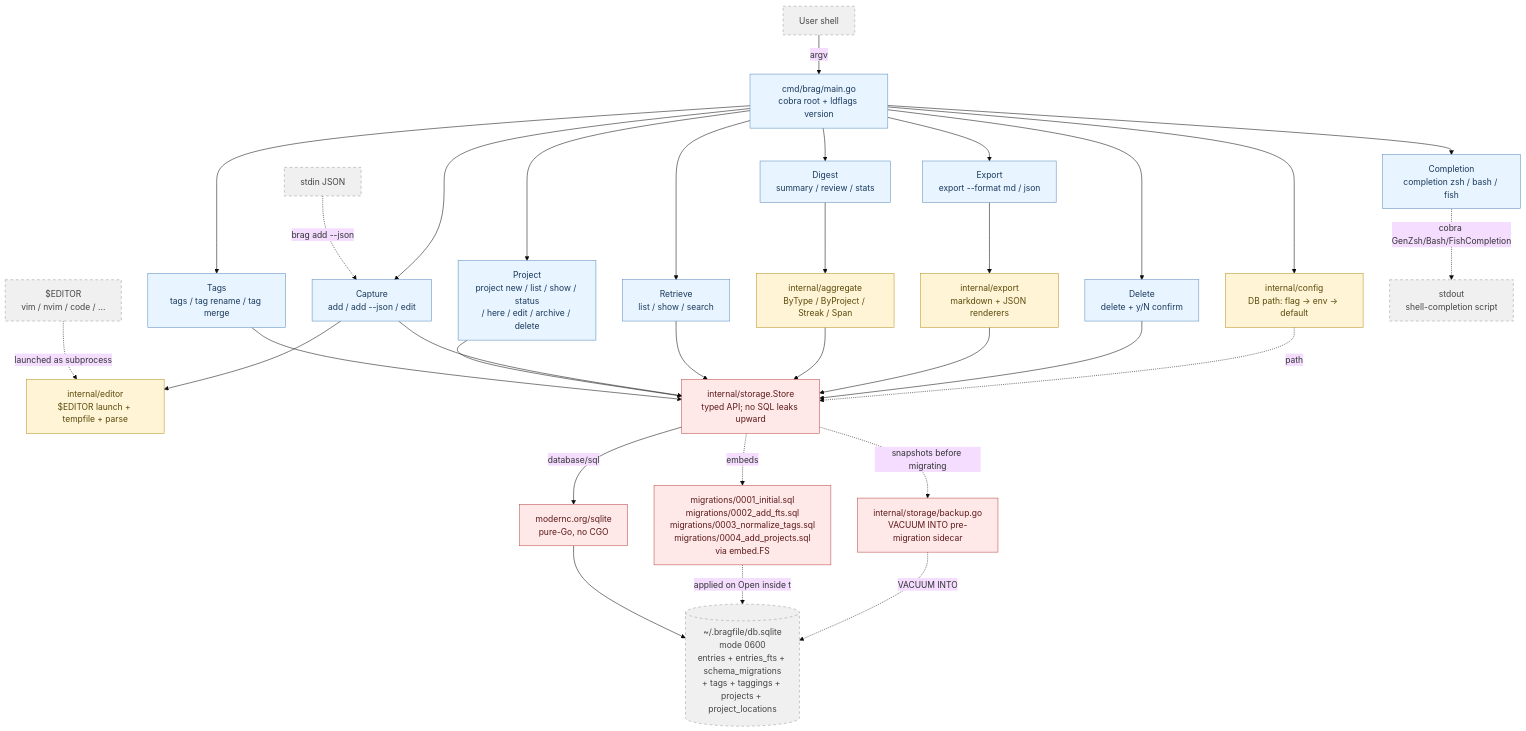
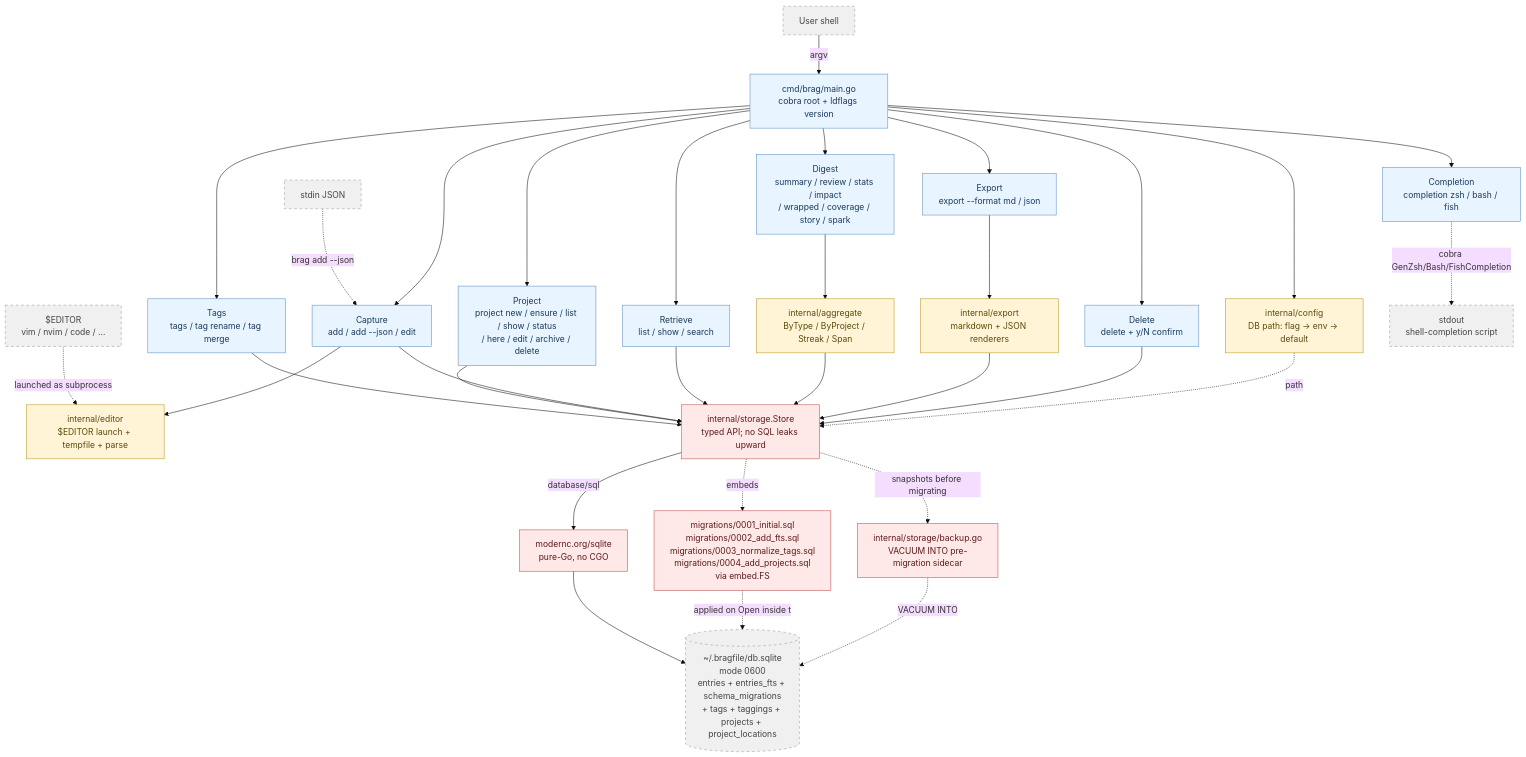
The diagram in docs/architecture.md (jysf/bragfile000), drawn with Mermaid (base theme) before and after one commit. The commit also changed 2 other files, not shown here.

Commit message:
docs: refresh user-facing docs to v0.5.1 + surface MCP/agent integration
Audit found the reference docs (api-contract, for-ai-agents, data-model,
BRAG.md) already current, but the two "first read" docs advertised v0.2.0.

README.md:
- status line: v0.2.0 → v0.5.1, and it now names the MCP server / agent
  path (kept to the maintainer's flat-list voice, not a feature dump)
- surface MCP: add a "Working with an AI agent?" pointer up top linking to
  the MCP section (previously only discoverable at the very bottom)
- add `brag spark` to the digest command list
- drop the stale "v0.2.0 ships unsigned" version pin on the Gatekeeper note

docs/tutorial.md:
- fix self-contradicting close ("shipped in v0.2.0" → "as of v0.5.1")
- add a `brag spark` section to the digest walkthrough (was undocumented here)
- surface `--author` in the list filter-flags section

docs/architecture.md:
- diagram: add `project ensure` and the newer digest commands
  (impact/wrapped/coverage/story/spark) to the command nodes

just test-docs green.

````diff
--- a/docs/architecture.md
+++ b/docs/architecture.md
@@ -19,46 +19,46 @@
 ```mermaid
 graph TD
     User[User shell] -->|argv| Main[cmd/brag/main.go<br/>cobra root + ldflags version]
     Stdin[stdin JSON] -.->|brag add --json| Capture
     Editor[$EDITOR<br/>vim / nvim / code / ...] -.->|launched as subprocess| EditorPkg
 
     Main --> Config[internal/config<br/>DB path: flag → env → default]
     Main --> Capture[Capture<br/>add / add --json / edit]
     Main --> Retrieve[Retrieve<br/>list / show / search]
-    Main --> Digest[Digest<br/>summary / review / stats]
+    Main --> Digest[Digest<br/>summary / review / stats / impact<br/>/ wrapped / coverage / story / spark]
     Main --> ExportCmd[Export<br/>export --format md / json]
     Main --> DeleteCmd[Delete<br/>delete + y/N confirm]
     Main --> Completion[Completion<br/>completion zsh / bash / fish]
     Main --> Tags[Tags<br/>tags / tag rename / tag merge]
-    Main --> Project[Project<br/>project new / list / show / status<br/>/ here / edit / archive / delete]
+    Main --> Project[Project<br/>project new / ensure / list / show / status<br/>/ here / edit / archive / delete]
     Tags --> Store
     Project --> Store
 
     Capture --> EditorPkg[internal/editor<br/>$EDITOR launch + tempfile + parse]
     Capture --> Store
     Retrieve --> Store
     Digest --> Aggregate[internal/aggregate<br/>ByType / ByProject / Streak / Span]
     Aggregate --> Store
     ExportCmd --> ExportPkg[internal/export<br/>markdown + JSON renderers]
     ExportPkg --> Store
     DeleteCmd --> Store
     Completion -.cobra GenZsh/Bash/FishCompletion.-> Stdout[stdout<br/>shell-completion script]
 
     Config -.path.-> Store
     Store[internal/storage.Store<br/>typed API; no SQL leaks upward]
     Store -->|database/sql| Driver[modernc.org/sqlite<br/>pure-Go, no CGO]
     Driver --> DB[(~/.bragfile/db.sqlite<br/>mode 0600<br/>entries + entries_fts + schema_migrations<br/>+ tags + taggings + projects + project_locations)]
     Store -.embeds.-> Migrations[migrations/0001_initial.sql<br/>migrations/0002_add_fts.sql<br/>migrations/0003_normalize_tags.sql<br/>migrations/0004_add_projects.sql<br/>via embed.FS]
     Migrations -.applied on Open inside tx.-> DB
     Store -.snapshots before migrating.-> Backup[internal/storage/backup.go<br/>VACUUM INTO pre-migration sidecar]
     Backup -.VACUUM INTO.-> DB
 
     classDef cli fill:#e8f4ff,stroke:#5b8dbe,color:#1a3a5c
     classDef helper fill:#fff4d6,stroke:#b8941f,color:#5a4a0a
     classDef storage fill:#ffe8e8,stroke:#bc4a4a,color:#5c1a1a
     classDef external fill:#f0f0f0,stroke:#999,stroke-dasharray:5 5,color:#444
     class Main,Capture,Retrieve,Digest,ExportCmd,DeleteCmd,Completion,Tags,Project cli
     class EditorPkg,Aggregate,ExportPkg,Config helper
     class Store,Driver,Migrations,Backup storage
     class User,Stdin,Editor,DB,Stdout external
 ```
````
